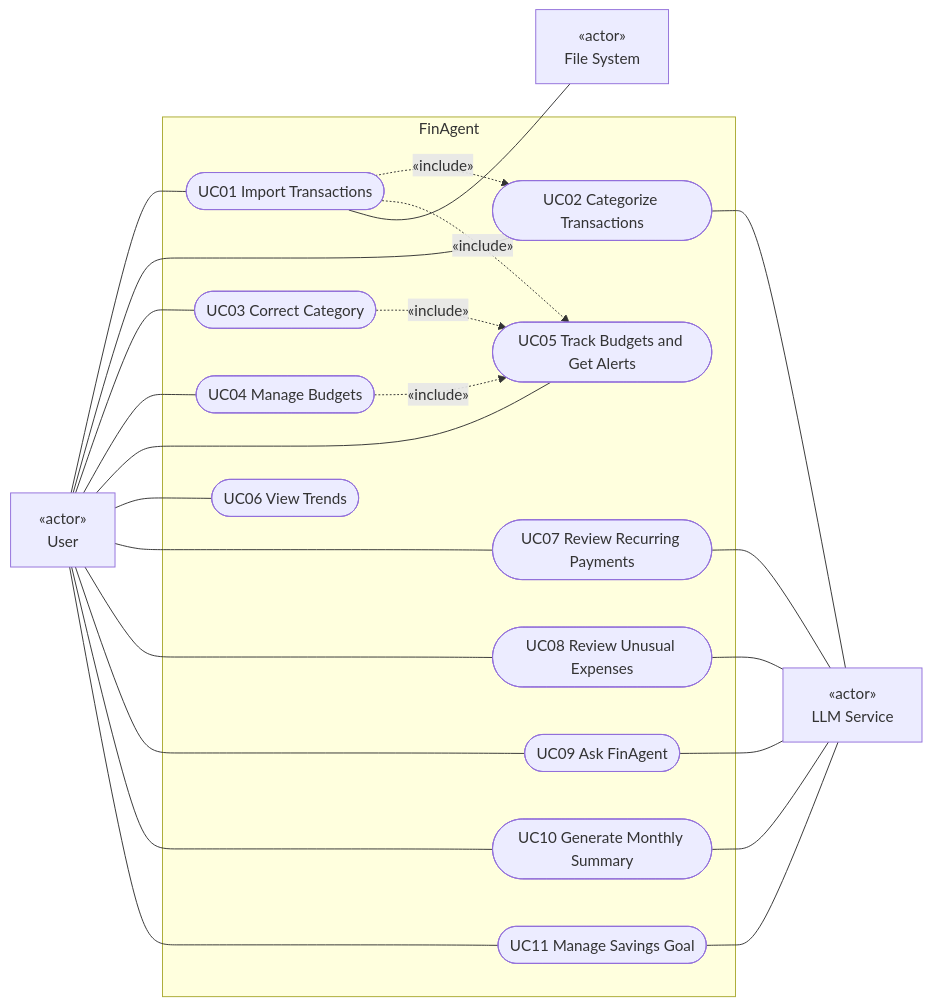
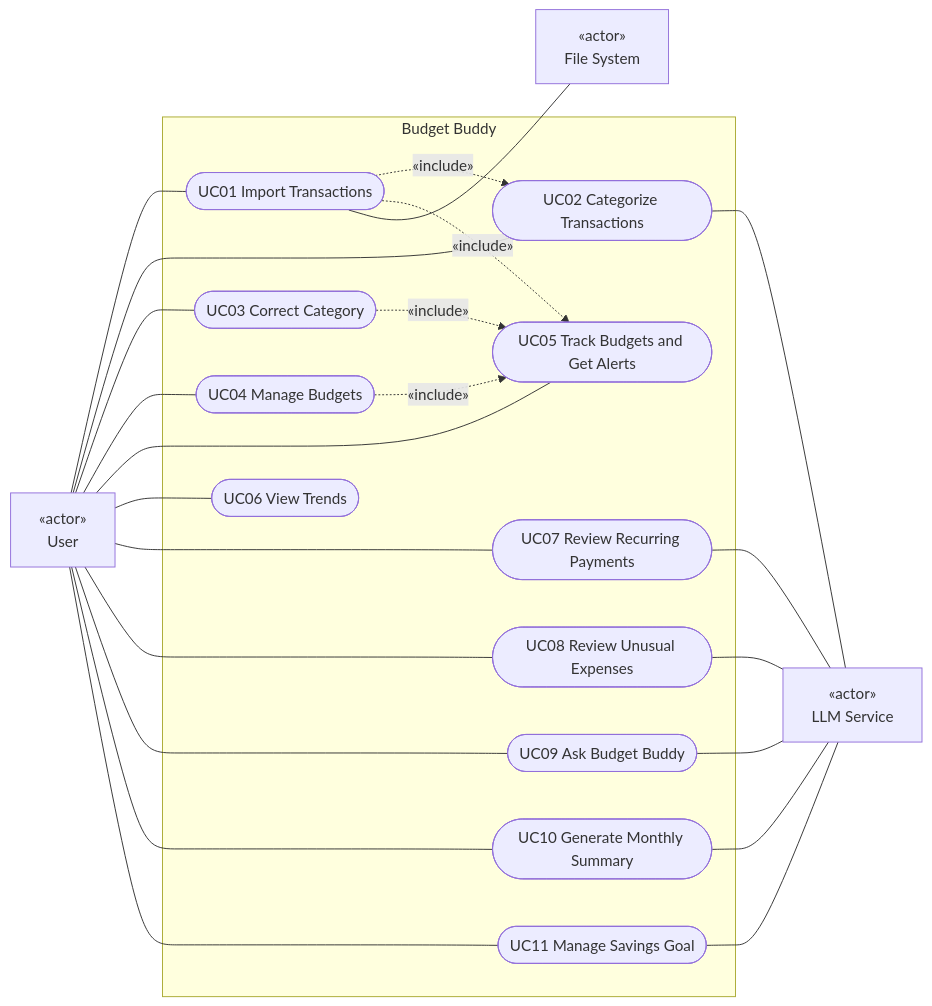
Before and after one commit to Abdi238/EECS3311-course-project: the fifth of 11 diagrams in docs/Stage1_Report.md, drawn with Mermaid. The commit also changed other lines of this file, not shown here.

````diff
--- a/docs/Stage1_Report.md
+++ b/docs/Stage1_Report.md
@@ -830,45 +659,45 @@
 ```mermaid
 flowchart LR
     User["«actor»<br/>User"]
     LLM["«actor»<br/>LLM Service"]
     FS["«actor»<br/>File System"]
 
-    subgraph SYS[FinAgent]
+    subgraph SYS[Budget Buddy]
         UC01([UC01 Import Transactions])
         UC02([UC02 Categorize Transactions])
         UC03([UC03 Correct Category])
         UC04([UC04 Manage Budgets])
         UC05([UC05 Track Budgets and Get Alerts])
         UC06([UC06 View Trends])
         UC07([UC07 Review Recurring Payments])
         UC08([UC08 Review Unusual Expenses])
-        UC09([UC09 Ask FinAgent])
+        UC09([UC09 Ask Budget Buddy])
         UC10([UC10 Generate Monthly Summary])
         UC11([UC11 Manage Savings Goal])
     end
 
     User --- UC01
     User --- UC02
     User --- UC03
     User --- UC04
     User --- UC05
     User --- UC06
     User --- UC07
     User --- UC08
     User --- UC09
     User --- UC10
     User --- UC11
 
     UC01 -. «include» .-> UC02
     UC01 -. «include» .-> UC05
     UC03 -. «include» .-> UC05
     UC04 -. «include» .-> UC05
 
     UC01 --- FS
     UC02 --- LLM
     UC07 --- LLM
     UC08 --- LLM
     UC09 --- LLM
     UC10 --- LLM
     UC11 --- LLM
 ```
````
